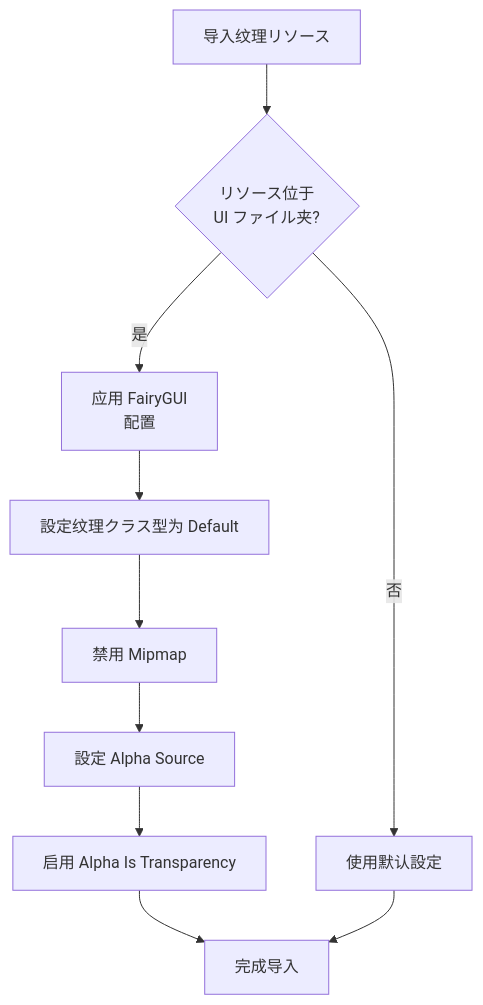
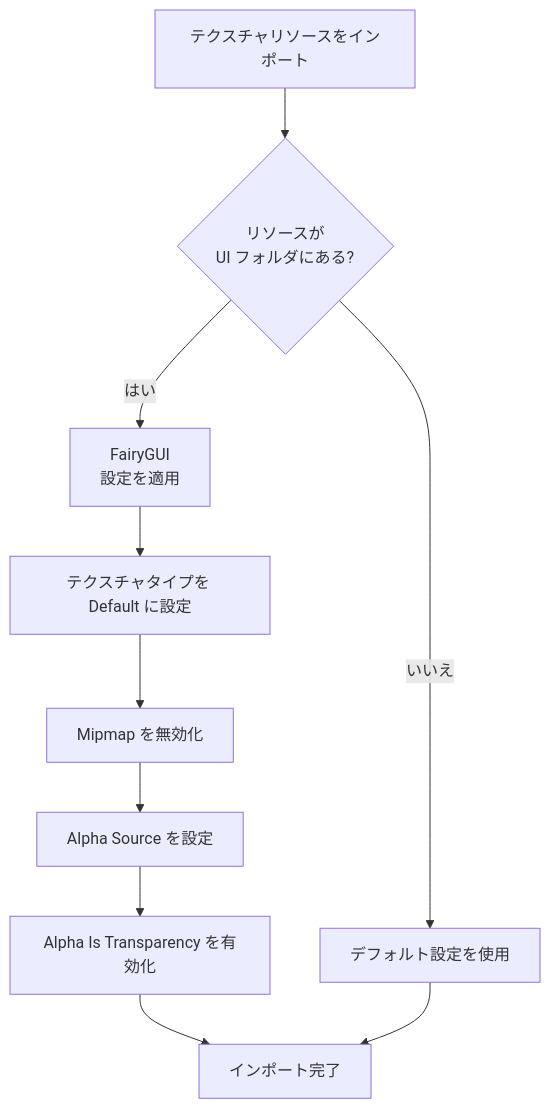
The second of 2 diagrams in docs/ja/client/unity/component/ui-fairygui/14.editor-config.md (AlianBlank/GameFrameX.Docs), drawn with Mermaid before and after one commit. The commit also changed other lines of this file and 320 other files, not shown here.

````diff
--- a/docs/ja/client/unity/component/ui-fairygui/14.editor-config.md
+++ b/docs/ja/client/unity/component/ui-fairygui/14.editor-config.md
@@ -140,12 +140,12 @@
 ```mermaid
 flowchart TD
-    A[导入纹理リソース] --> B{リソース位于<br/>UI ファイル夹?}
-    B -->|否| C[使用默认設定]
-    B -->|是| D[应用 FairyGUI<br/>配置]
-    D --> E[設定纹理クラス型为 Default]
-    E --> F[禁用 Mipmap]
-    F --> G[設定 Alpha Source]
-    G --> H[启用 Alpha Is Transparency]
-    H --> I[完成导入]
+    A[テクスチャリソースをインポート] --> B{リソースが<br/>UI フォルダにある?}
+    B -->|いいえ| C[デフォルト設定を使用]
+    B -->|はい| D[FairyGUI<br/>設定を適用]
+    D --> E[テクスチャタイプを Default に設定]
+    E --> F[Mipmap を無効化]
+    F --> G[Alpha Source を設定]
+    G --> H[Alpha Is Transparency を有効化]
+    H --> I[インポート完了]
     C --> I
 ```
````
